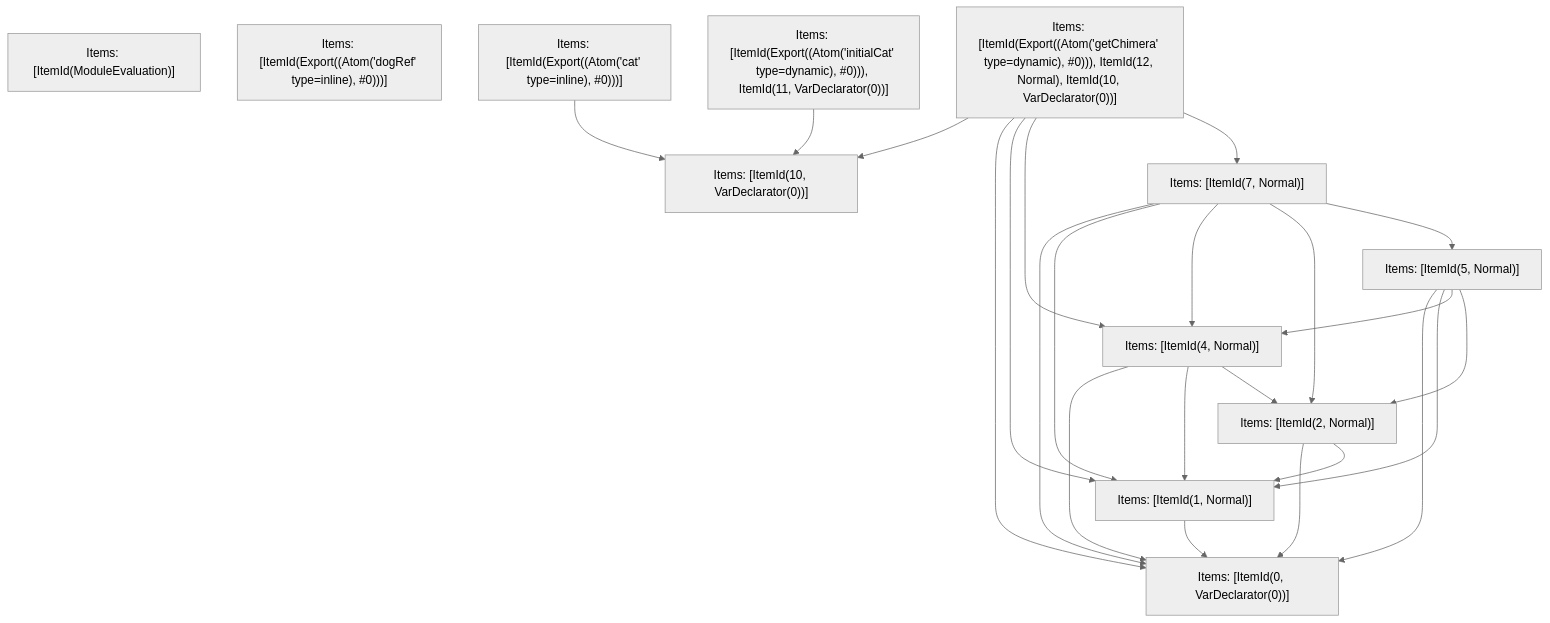
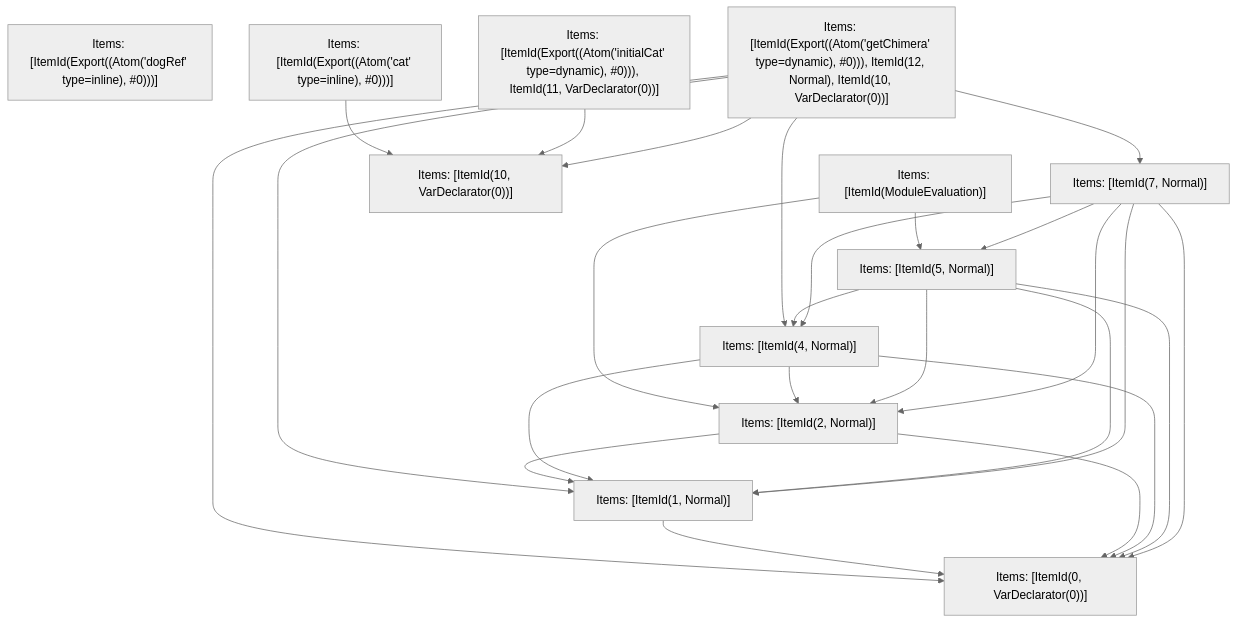
Before and after one commit to vercel/turborepo: the fifth of 5 diagrams in crates/turbopack-ecmascript/tests/tree-shaker/analyzer/complex/output.md, drawn with Mermaid (neutral theme). The commit also changed other lines of this file and 2 other files, not shown here.

Commit message:
Update test refs

````diff
--- a/crates/turbopack-ecmascript/tests/tree-shaker/analyzer/complex/output.md
+++ b/crates/turbopack-ecmascript/tests/tree-shaker/analyzer/complex/output.md
@@ -371,37 +373,39 @@
 ```mermaid
 graph TD
     N0["Items: [ItemId(ModuleEvaluation)]"];
     N1["Items: [ItemId(Export((Atom('dogRef' type=inline), #0)))]"];
     N2["Items: [ItemId(Export((Atom('cat' type=inline), #0)))]"];
     N3["Items: [ItemId(Export((Atom('initialCat' type=dynamic), #0))), ItemId(11, VarDeclarator(0))]"];
     N4["Items: [ItemId(Export((Atom('getChimera' type=dynamic), #0))), ItemId(12, Normal), ItemId(10, VarDeclarator(0))]"];
     N5["Items: [ItemId(0, VarDeclarator(0))]"];
     N6["Items: [ItemId(1, Normal)]"];
     N7["Items: [ItemId(2, Normal)]"];
     N8["Items: [ItemId(4, Normal)]"];
     N9["Items: [ItemId(5, Normal)]"];
     N10["Items: [ItemId(7, Normal)]"];
     N11["Items: [ItemId(10, VarDeclarator(0))]"];
+    N0 --> N7;
+    N0 --> N9;
     N2 --> N11;
     N3 --> N11;
     N4 --> N11;
     N4 --> N5;
     N4 --> N6;
     N4 --> N8;
     N4 --> N10;
     N6 --> N5;
     N7 --> N5;
     N7 --> N6;
     N8 --> N5;
     N8 --> N6;
     N8 --> N7;
     N9 --> N5;
     N9 --> N6;
     N9 --> N8;
     N9 --> N7;
     N10 --> N5;
     N10 --> N6;
     N10 --> N8;
     N10 --> N7;
     N10 --> N9;
 ```
````
